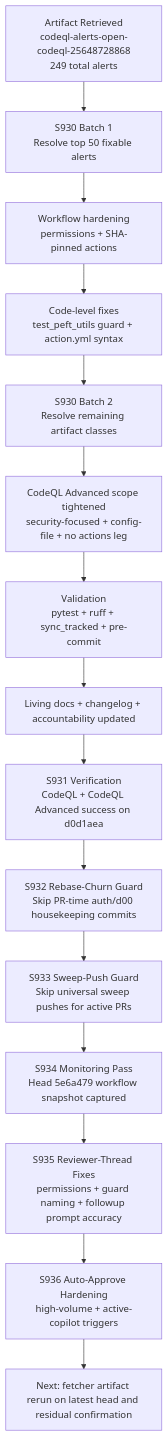
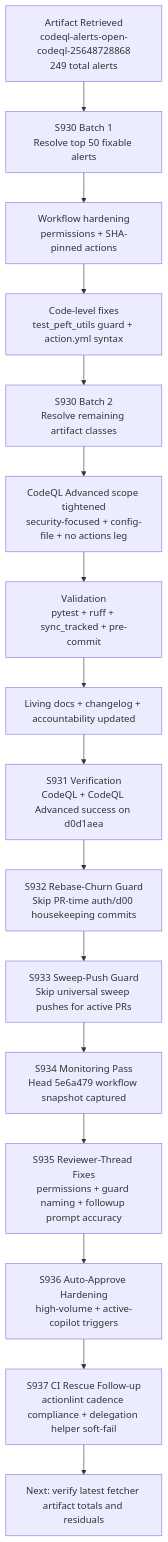
Before and after one commit to Aries-Serpent/_codex_: the first of 2 diagrams in docs/sessions/PR4393_session_diagram.md, drawn with Mermaid. The commit also changed other lines of this file and 6 other files, not shown here.

First line of the commit message:
fix(ci): stabilize delegation helper failures and restore actionlint-compliant auto-approve cadence

````diff
--- a/docs/sessions/PR4393_session_diagram.md
+++ b/docs/sessions/PR4393_session_diagram.md
@@ -3,18 +3,19 @@
 ```mermaid
 graph TD
   A[Artifact Retrieved<br/>codeql-alerts-open-codeql-25648728868<br/>249 total alerts] --> B
   B[S930 Batch 1<br/>Resolve top 50 fixable alerts] --> C
   C[Workflow hardening<br/>permissions + SHA-pinned actions] --> D
   D[Code-level fixes<br/>test_peft_utils guard + action.yml syntax] --> E
   E[S930 Batch 2<br/>Resolve remaining artifact classes] --> F
   F[CodeQL Advanced scope tightened<br/>security-focused + config-file + no actions leg] --> G
   G[Validation<br/>pytest + ruff + sync_tracked + pre-commit] --> H
   H[Living docs + changelog + accountability updated] --> I
   I[S931 Verification<br/>CodeQL + CodeQL Advanced success on d0d1aea] --> J
   J[S932 Rebase-Churn Guard<br/>Skip PR-time auth/d00 housekeeping commits] --> K
   K[S933 Sweep-Push Guard<br/>Skip universal sweep pushes for active PRs] --> L
   L[S934 Monitoring Pass<br/>Head 5e6a479 workflow snapshot captured] --> M
   M[S935 Reviewer-Thread Fixes<br/>permissions + guard naming + followup prompt accuracy] --> N
   N[S936 Auto-Approve Hardening<br/>high-volume + active-copilot triggers] --> O
-  O[Next: fetcher artifact rerun on latest head and residual confirmation]
+  O[S937 CI Rescue Follow-up<br/>actionlint cadence compliance + delegation helper soft-fail] --> P
+  P[Next: verify latest fetcher artifact totals and residuals]
 ```
````
